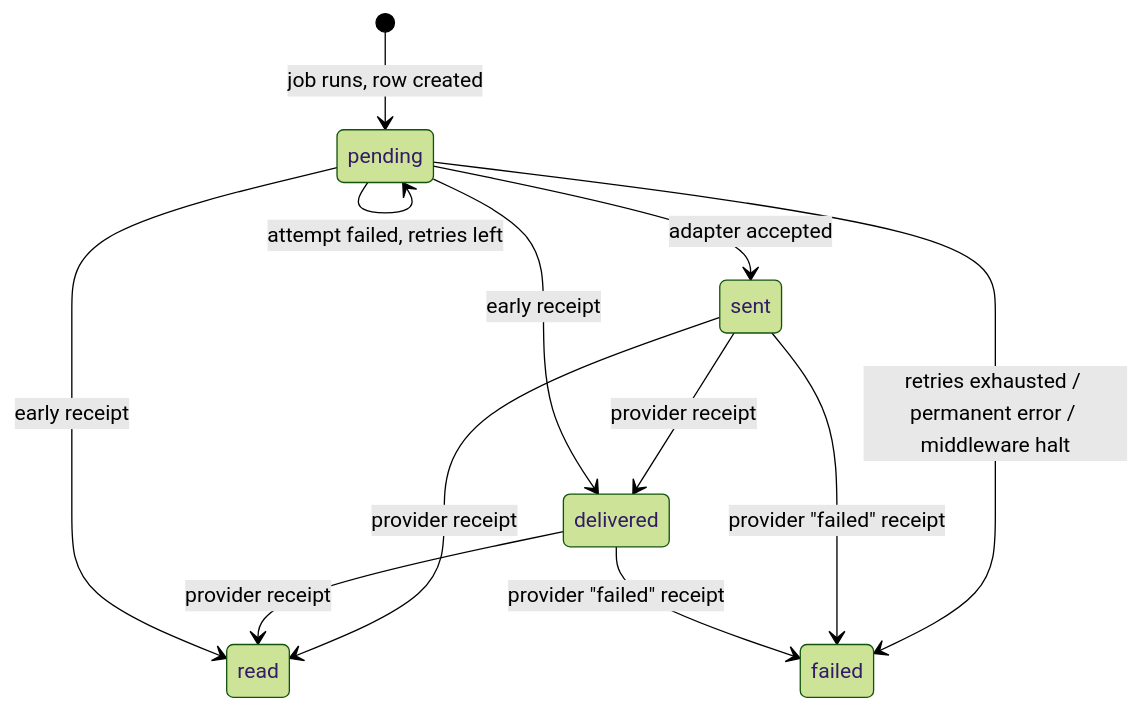
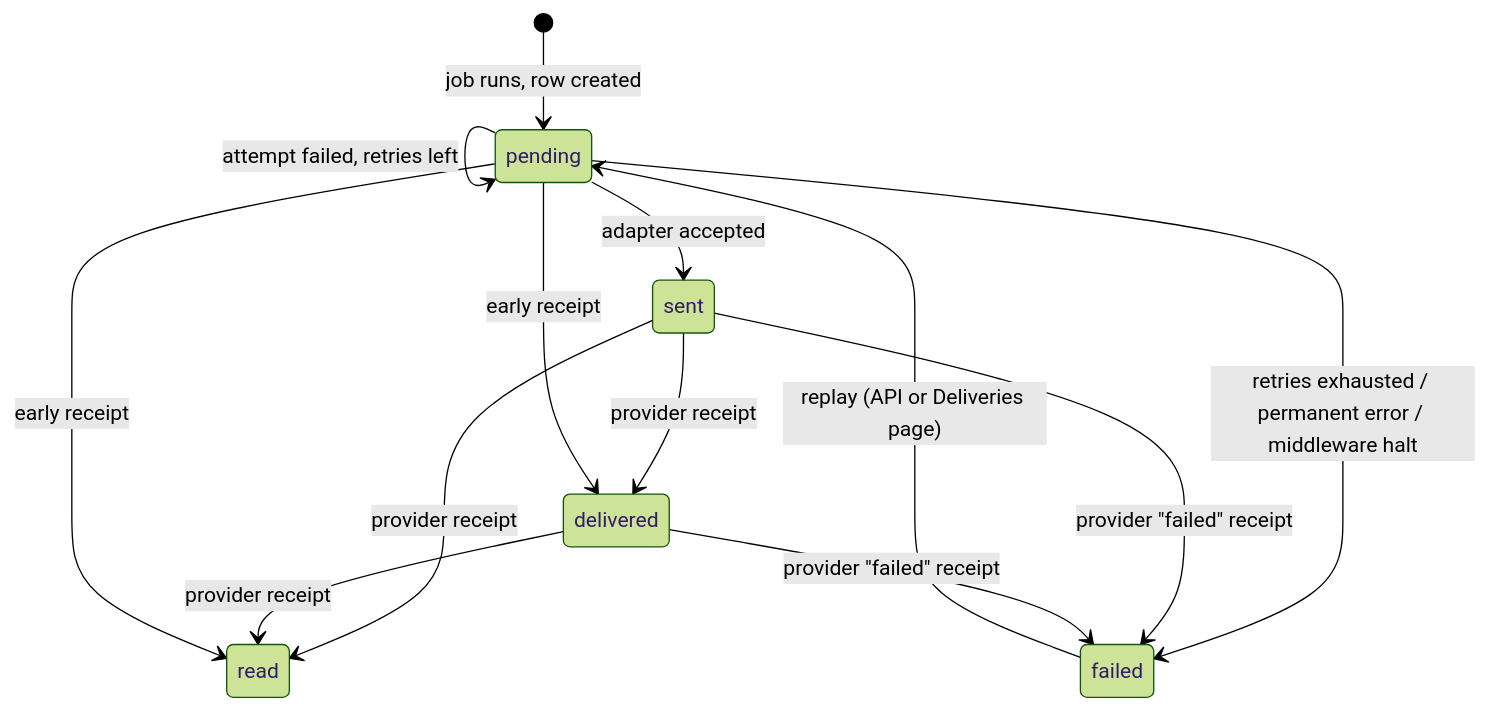
The diagram in docs/concepts/deliveries.md (AimTune/converger), drawn with Mermaid (forest theme) before and after one commit. The commit also changed other lines of this file and 31 other files, not shown here.

````diff
--- a/docs/concepts/deliveries.md
+++ b/docs/concepts/deliveries.md
@@ -49,14 +54,15 @@
 ```mermaid
 stateDiagram-v2
   [*] --> pending : job runs, row created
   pending --> pending : attempt failed, retries left
   pending --> sent : adapter accepted
   pending --> failed : retries exhausted / permanent error / middleware halt
   sent --> delivered : provider receipt
   sent --> read : provider receipt
   delivered --> read : provider receipt
   sent --> failed : provider "failed" receipt
+  failed --> pending : replay (API or Deliveries page)
   delivered --> failed : provider "failed" receipt
   pending --> delivered : early receipt
   pending --> read : early receipt
 ```
````
